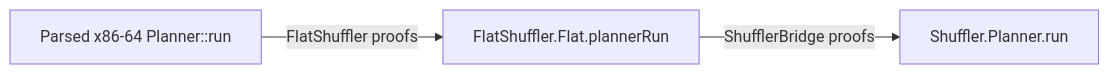
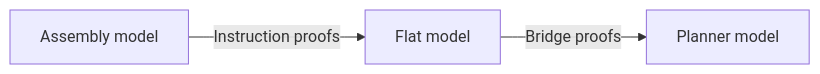
One commit to argotorg/shuffler.lean changed the diagram in kraken/Theorems/README.md. Above: the diagram before and after it, drawn with Mermaid. The commit also changed other lines of this file, not shown here.

````diff
--- a/kraken/Theorems/README.md
+++ b/kraken/Theorems/README.md
@@ -39,8 +19,8 @@
 ```mermaid
 flowchart LR
-    assembly["Parsed x86-64 Planner::run"]
-    flat["FlatShuffler.Flat.plannerRun"]
-    model["Shuffler.Planner.run"]
-    assembly -->|FlatShuffler proofs| flat
-    flat -->|ShufflerBridge proofs| model
+    assembly["Assembly model"]
+    flat["Flat model"]
+    planner["Planner model"]
+    assembly -->|Instruction proofs| flat
+    flat -->|Bridge proofs| planner
 ```
````
